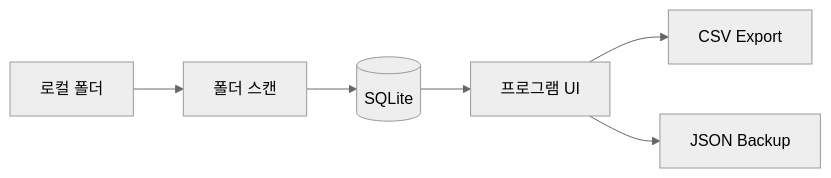
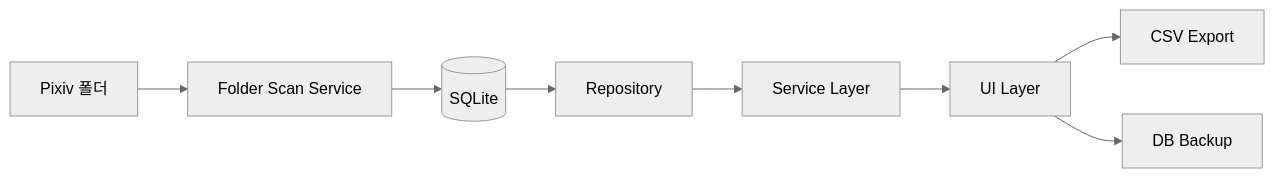
One commit to PKT0623/PixivLocalManager changed diagram 13 of 13 in docs/03_SYSTEM_FLOW.md. Above: the diagram before and after it, drawn with Mermaid (neutral theme). The commit also changed other lines of this file and 11 other files, not shown here.

````diff
--- a/docs/03_SYSTEM_FLOW.md
+++ b/docs/03_SYSTEM_FLOW.md
@@ -198,15 +289,19 @@
 ```mermaid
 flowchart LR
 
-FOLDER[로컬 폴더]
+FOLDER[Pixiv 폴더]
 
-FOLDER --> SCAN[폴더 스캔]
+FOLDER --> SCAN[Folder Scan Service]
 
-SCAN --> SQLITE[(SQLite)]
+SCAN --> DB[(SQLite)]
 
-SQLITE --> UI[프로그램 UI]
+DB --> REPO[Repository]
+
+REPO --> SERVICE[Service Layer]
+
+SERVICE --> UI[UI Layer]
 
 UI --> CSV[CSV Export]
 
-UI --> JSON[JSON Backup]
+UI --> BACKUP[DB Backup]
 ```
````
